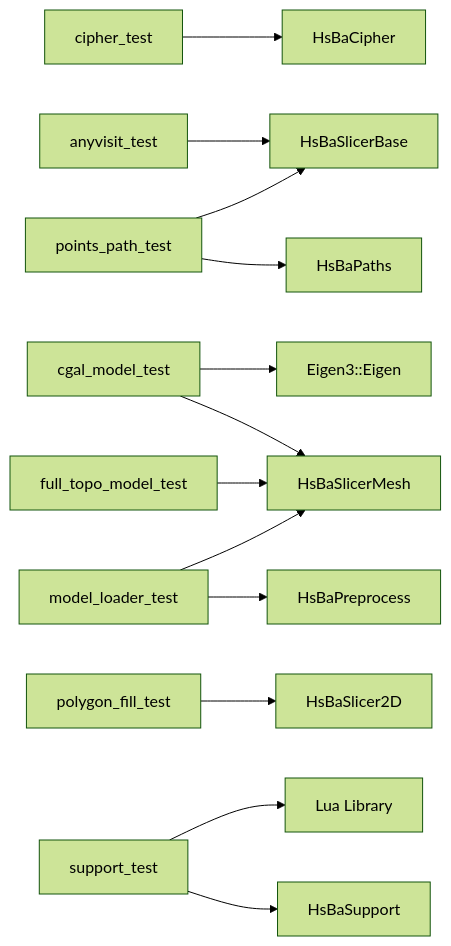
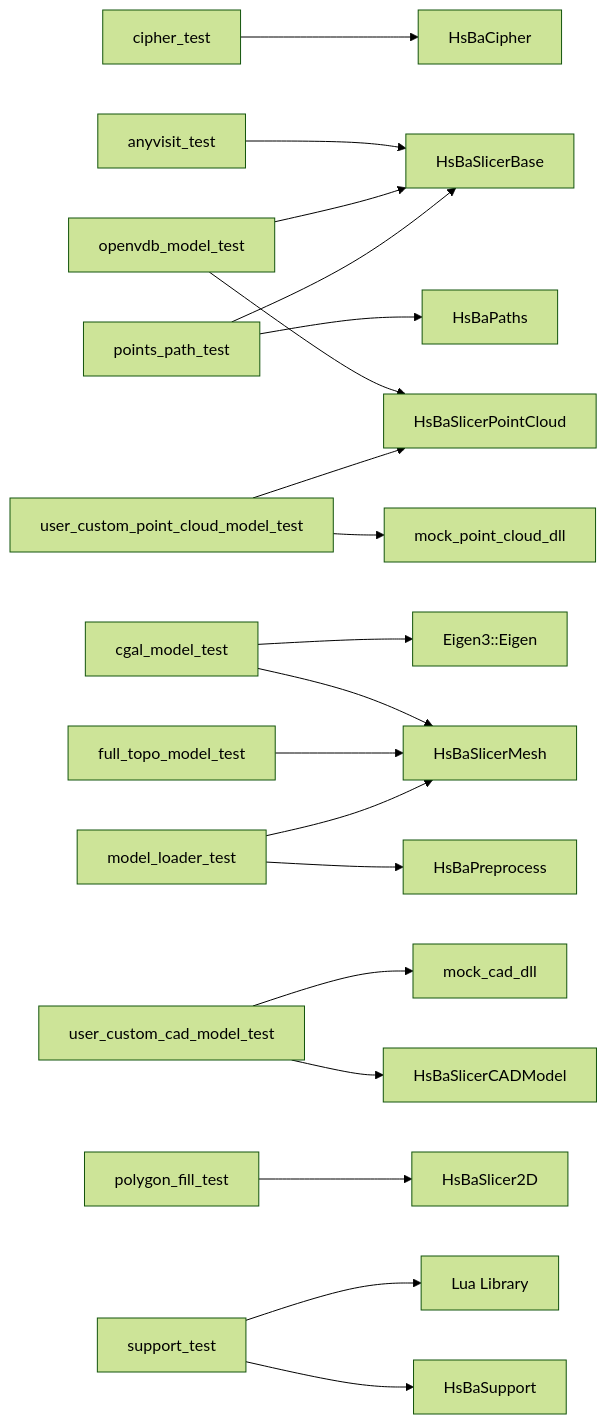
Diagram 13 of 15 in .qoder/repowiki/zh/content/测试与调试/测试与调试.md (hsmbanlance/HsBaSlicer), drawn with Mermaid (forest theme) before and after one commit. The commit also changed other lines of this file and 31 other files, not shown here.

First line of the commit message:
docs(architecture): 更新文档以包含事件处理系统和动态库测试

````diff
--- a/.qoder/repowiki/zh/content/测试与调试/测试与调试.md
+++ b/.qoder/repowiki/zh/content/测试与调试/测试与调试.md
@@ -359,15 +474,21 @@
 ```mermaid
 graph LR
 AV["anyvisit_test"] --> Base["HsBaSlicerBase"]
 CIPH["cipher_test"] --> Cipher["HsBaCipher"]
 CGAL["cgal_model_test"] --> Mesh["HsBaSlicerMesh"]
 CGAL --> Eigen["Eigen3::Eigen"]
 FULL["full_topo_model_test"] --> Mesh
+OVD["openvdb_model_test"] --> PointCloud["HsBaSlicerPointCloud"]
+OVD --> Base
+PC["user_custom_point_cloud_model_test"] --> PointCloud
+PC --> MockPC["mock_point_cloud_dll"]
+CAD["user_custom_cad_model_test"] --> CADModel["HsBaSlicerCADModel"]
+CAD --> MockCAD["mock_cad_dll"]
 PF["polygon_fill_test"] --> TwoD["HsBaSlicer2D"]
 PATHS["points_path_test"] --> Paths["HsBaPaths"]
 PATHS --> Base
 ML["model_loader_test"] --> Preprocess["HsBaPreprocess"]
 ML --> Mesh
 SUP["support_test"] --> Support["HsBaSupport"]
 SUP --> Lua["Lua Library"]
 ```
````
